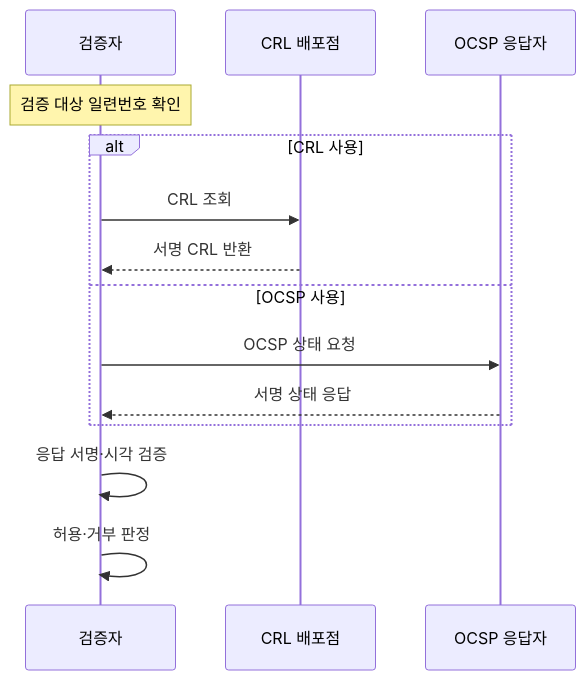
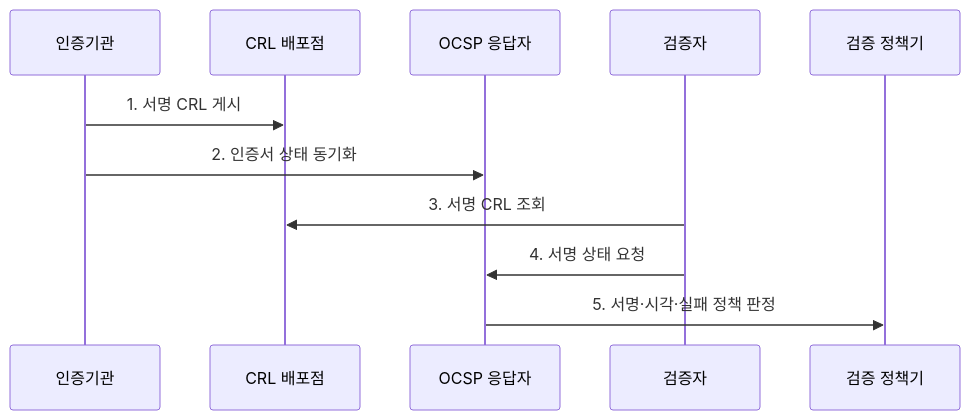
Before and after one commit to agnusdei1207/knowledge-base: the second of 2 diagrams in src/content/docs/notes/05-security/010_crl_ocsp_certificate_revocation.md, drawn with Mermaid. The commit also changed other lines of this file and 22 other files, not shown here.

````diff
--- a/src/content/docs/notes/05-security/010_crl_ocsp_certificate_revocation.md
+++ b/src/content/docs/notes/05-security/010_crl_ocsp_certificate_revocation.md
@@ -80,16 +83,13 @@
 ```mermaid
 sequenceDiagram
-    participant V as 검증자
+    participant C as 인증기관
     participant L as CRL 배포점
     participant O as OCSP 응답자
-    Note over V: 검증 대상 일련번호 확인
-    alt CRL 사용
-        V->>L: CRL 조회
-        L-->>V: 서명 CRL 반환
-    else OCSP 사용
-        V->>O: OCSP 상태 요청
-        O-->>V: 서명 상태 응답
-    end
-    V->>V: 응답 서명·시각 검증
-    V->>V: 허용·거부 판정
+    participant V as 검증자
+    participant P as 검증 정책기
+    C->>L: 1. 서명 CRL 게시
+    C->>O: 2. 인증서 상태 동기화
+    V->>L: 3. 서명 CRL 조회
+    V->>O: 4. 서명 상태 요청
+    O->>P: 5. 서명·시각·실패 정책 판정
 ```
````
